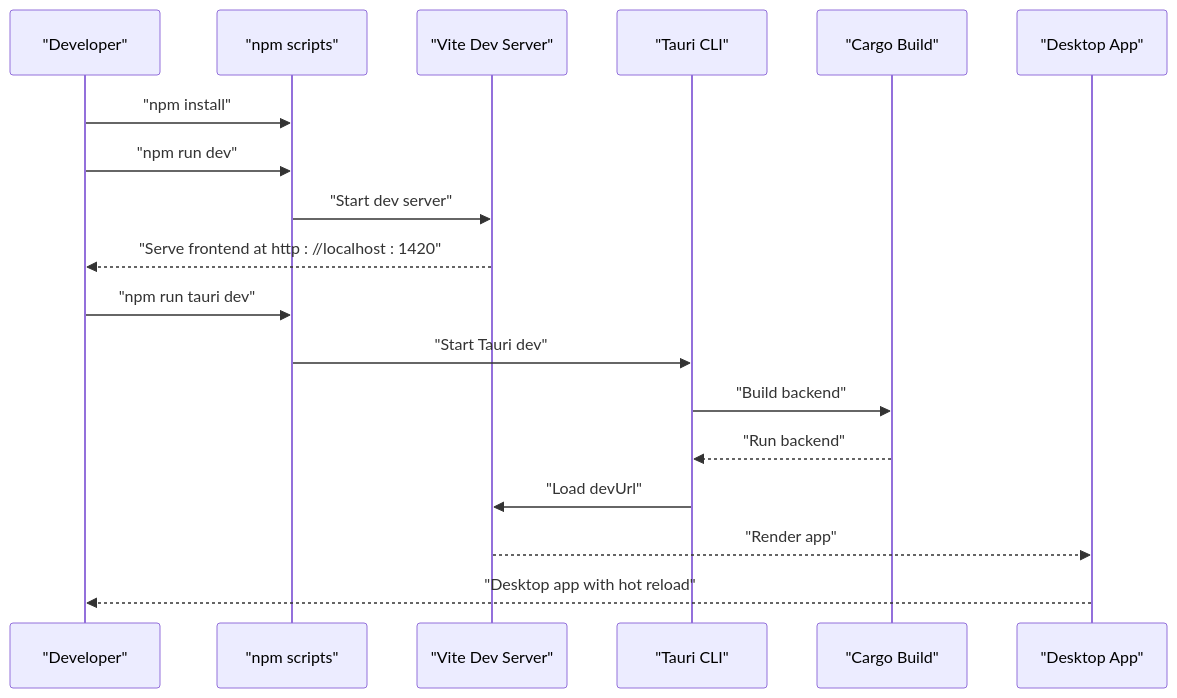
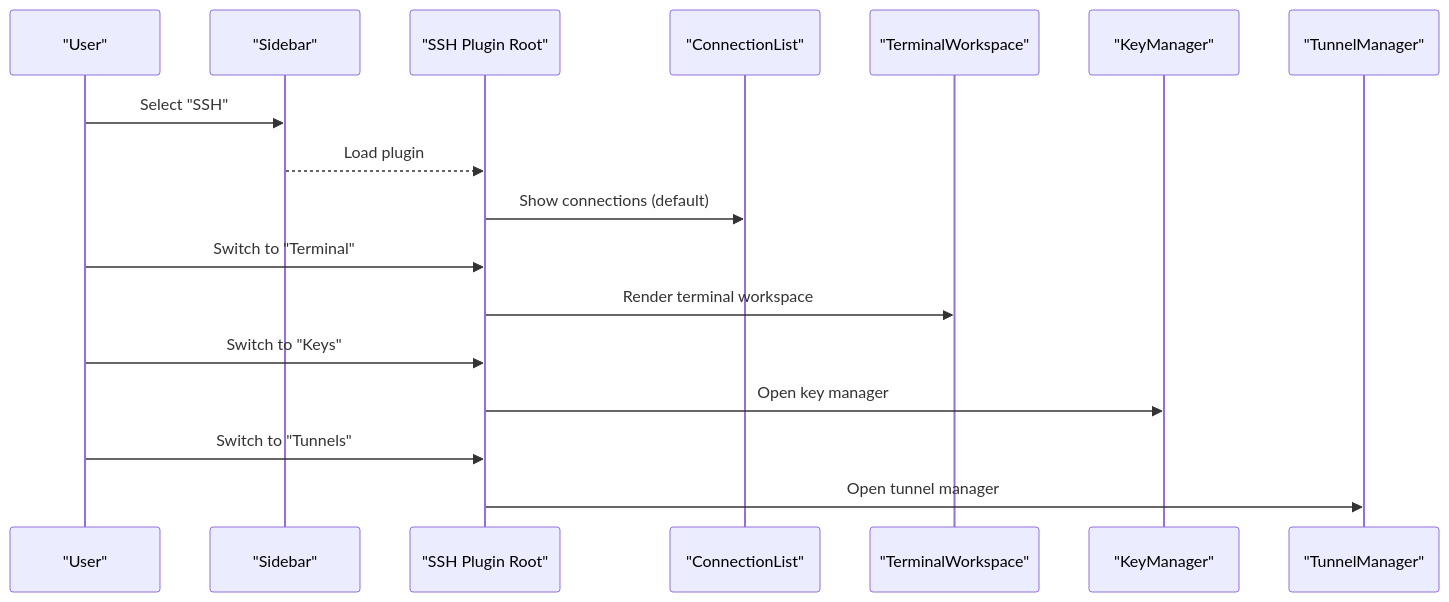
Before and after one commit to DumKing/DevNexus: the sixth of 6 diagrams in .qoder/repowiki/en/content/Getting Started.md, drawn with Mermaid. The commit also changed other lines of this file and 96 other files, not shown here.

````diff
--- a/.qoder/repowiki/en/content/Getting Started.md
+++ b/.qoder/repowiki/en/content/Getting Started.md
@@ -118,20 +322,19 @@
 ```mermaid
 sequenceDiagram
-participant Dev as "Developer"
-participant NPM as "npm scripts"
-participant Vite as "Vite Dev Server"
-participant Tauri as "Tauri CLI"
-participant Rust as "Cargo Build"
-participant App as "Desktop App"
-Dev->>NPM : "npm install"
-Dev->>NPM : "npm run dev"
-NPM->>Vite : "Start dev server"
-Vite-->>Dev : "Serve frontend at http : //localhost : 1420"
-Dev->>NPM : "npm run tauri dev"
-NPM->>Tauri : "Start Tauri dev"
-Tauri->>Rust : "Build backend"
-Rust-->>Tauri : "Run backend"
-Tauri->>Vite : "Load devUrl"
-Vite-->>App : "Render app"
-App-->>Dev : "Desktop app with hot reload"
+participant U as "User"
+participant S as "Sidebar"
+participant SSH as "SSH Plugin Root"
+participant L as "ConnectionList"
+participant T as "TerminalWorkspace"
+participant K as "KeyManager"
+participant TUN as "TunnelManager"
+U->>S : Select "SSH"
+S-->>SSH : Load plugin
+SSH->>L : Show connections (default)
+U->>SSH : Switch to "Terminal"
+SSH->>T : Render terminal workspace
+U->>SSH : Switch to "Keys"
+SSH->>K : Open key manager
+U->>SSH : Switch to "Tunnels"
+SSH->>TUN : Open tunnel manager
 ```
````
